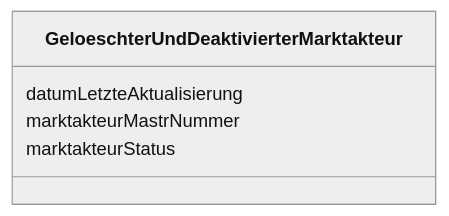
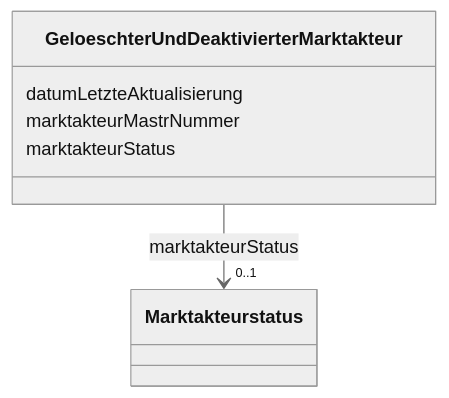
The diagram in docs/schema/classes/GeloeschterUndDeaktivierterMarktakteur.md (FlorianK13/mastr-model), drawn with Mermaid (neutral theme) before and after one commit. The commit also changed other lines of this file and 86 other files, not shown here.

````diff
--- a/docs/schema/classes/GeloeschterUndDeaktivierterMarktakteur.md
+++ b/docs/schema/classes/GeloeschterUndDeaktivierterMarktakteur.md
@@ -18,12 +18,21 @@
 ```mermaid
  classDiagram
     class GeloeschterUndDeaktivierterMarktakteur
     click GeloeschterUndDeaktivierterMarktakteur href "../../classes/GeloeschterUndDeaktivierterMarktakteur/"
       GeloeschterUndDeaktivierterMarktakteur : datumLetzteAktualisierung
         
       GeloeschterUndDeaktivierterMarktakteur : marktakteurMastrNummer
         
       GeloeschterUndDeaktivierterMarktakteur : marktakteurStatus
         
+          
+    
+        
+        
+        GeloeschterUndDeaktivierterMarktakteur --> "0..1" Marktakteurstatus : marktakteurStatus
+        click Marktakteurstatus href "../../enums/Marktakteurstatus/"
+    
+
+        
       
 ```
````
